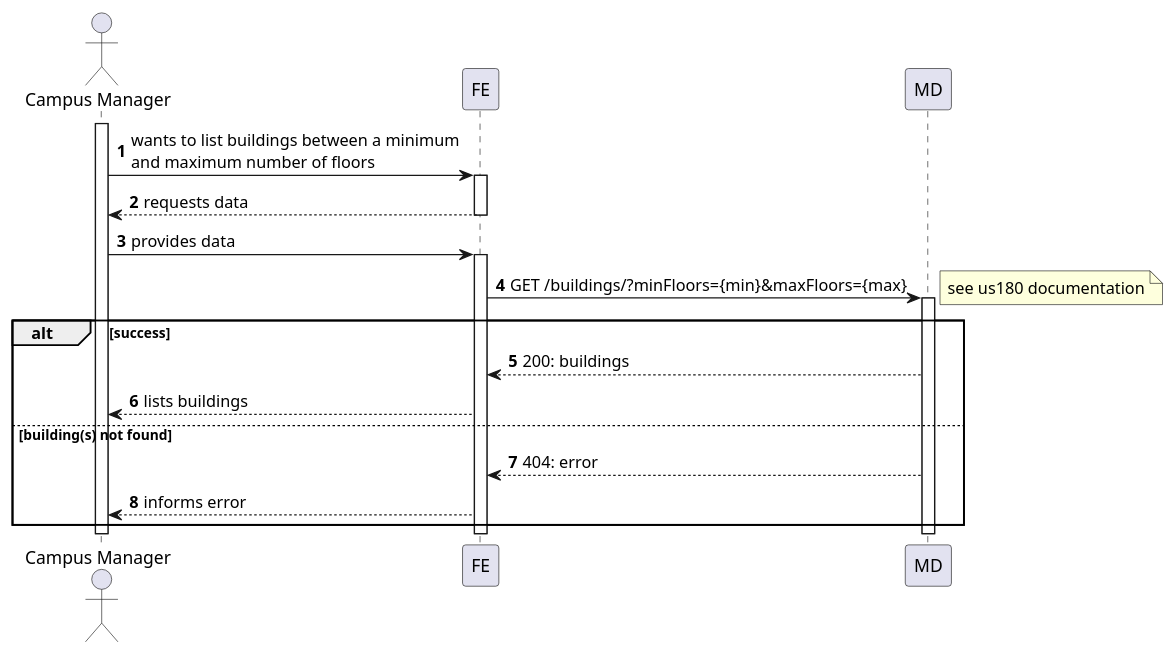
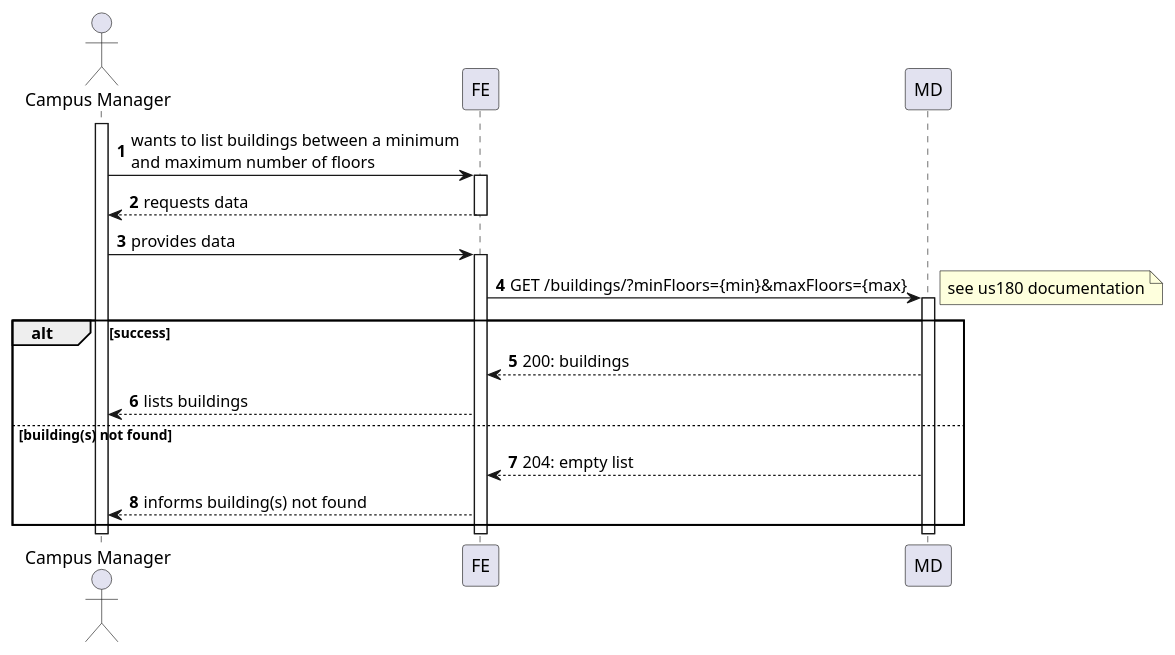
The diagram in docs/us1080/level2/process-view.puml (Departamento-de-Engenharia-Informatica/lapr5-23-24-g19), drawn with PlantUML before and after one commit. The commit also changed 3 other files, not shown here.

```diff
--- a/docs/us1080/level2/process-view.puml
+++ b/docs/us1080/level2/process-view.puml
@@ -1,33 +1,33 @@
 @startuml
 autonumber
 
 actor "Campus Manager" as usr
 
 participant "FE" as ui
 
 participant "MD" as md
 
 activate usr
     usr -> ui : wants to list buildings between a minimum\nand maximum number of floors
     activate ui
         ui --> usr : requests data
     deactivate ui
 
     usr -> ui : provides data
     activate ui
         ui -> md : GET /buildings/?minFloors={min}&maxFloors={max}
         activate md
             note right : see us180 documentation
             alt success
                 md --> ui : 200: buildings
                 ui --> usr : lists buildings
             else building(s) not found
-                md --> ui : 404: error
-                ui --> usr : informs error
+                md --> ui : 204: empty list
+                ui --> usr : informs building(s) not found
             end
         deactivate md
     deactivate ui
 deactivate usr
 
 
 @enduml
```
